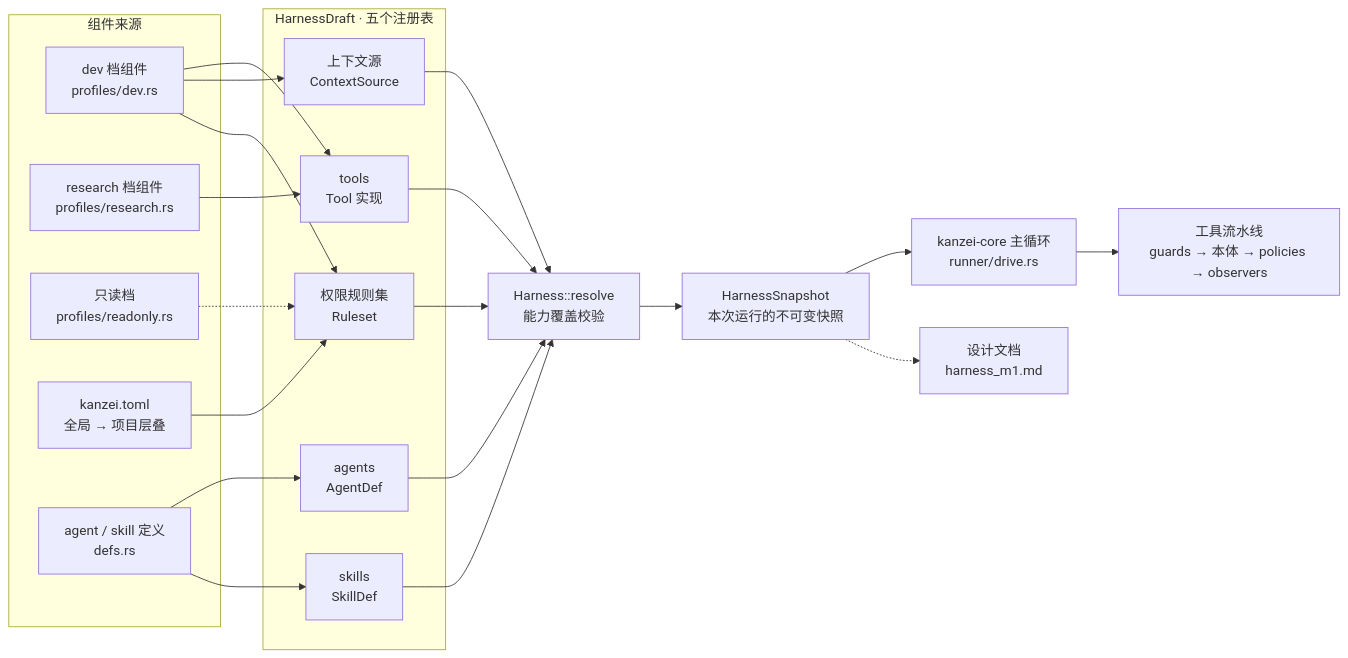
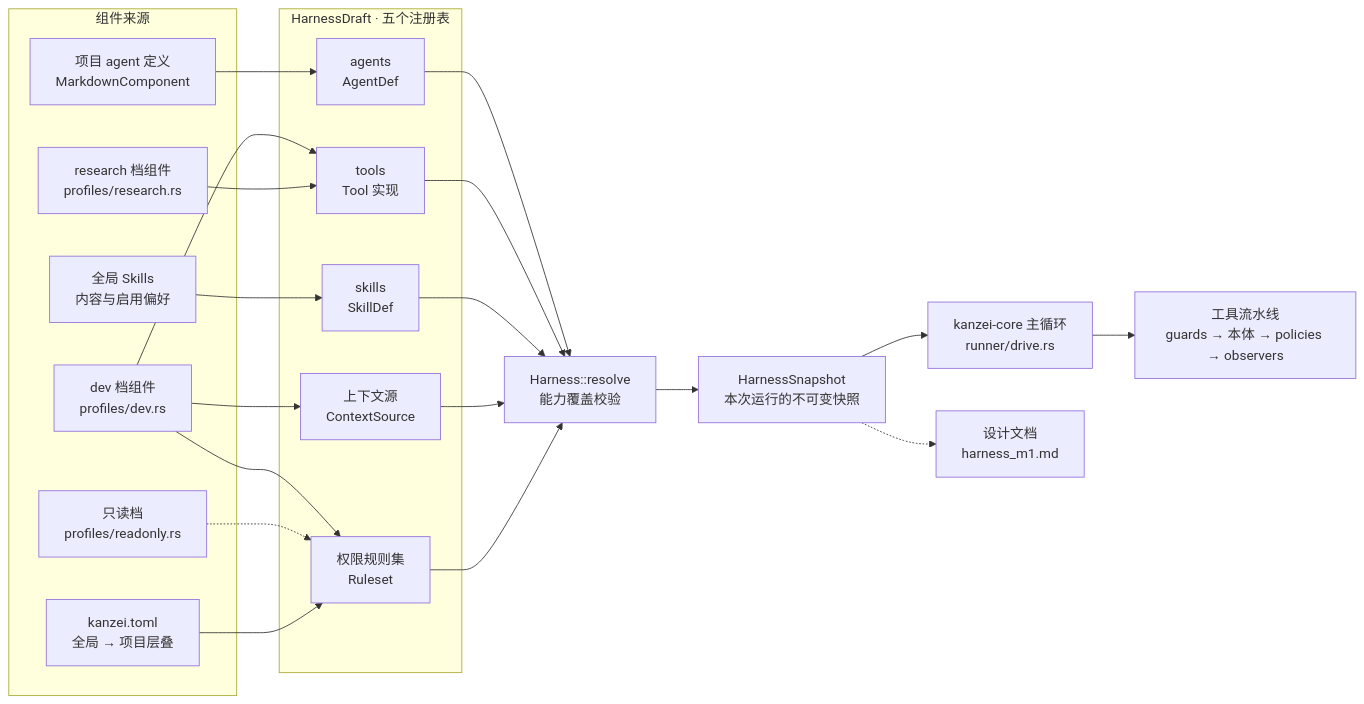
Before and after one commit to kanze1/kanzei-code: the diagram in docs/architecture/02_harness_registries.md, drawn with Mermaid. The commit also changed 21 other files, not shown here.

````diff
--- a/docs/architecture/02_harness_registries.md
+++ b/docs/architecture/02_harness_registries.md
@@ -5,56 +5,58 @@
 ```mermaid
 flowchart LR
   subgraph source_grp["组件来源"]
     dev_profile["dev 档组件<br/>profiles/dev.rs"]:::entry
     research_profile["research 档组件<br/>profiles/research.rs"]:::entry
     readonly_profile["只读档<br/>profiles/readonly.rs"]:::muted
     config["kanzei.toml<br/>全局 → 项目层叠"]
-    defs["agent / skill 定义<br/>defs.rs"]
+    defs["项目 agent 定义<br/>MarkdownComponent"]
+    global_skills["全局 Skills<br/>内容与启用偏好"]
   end
   subgraph draft_grp["HarnessDraft · 五个注册表"]
     agents["agents<br/>AgentDef"]
     tools_reg["tools<br/>Tool 实现"]
     skills["skills<br/>SkillDef"]
     context["上下文源<br/>ContextSource"]
     rules["权限规则集<br/>Ruleset"]
   end
   resolve["Harness::resolve<br/>能力覆盖校验"]:::focus
   snapshot["HarnessSnapshot<br/>本次运行的不可变快照"]
   runner["kanzei-core 主循环<br/>runner/drive.rs"]
   pipeline["工具流水线<br/>guards → 本体 → policies → observers"]
   design_doc["设计文档<br/>harness_m1.md"]:::ext
 
   dev_profile --> tools_reg
   dev_profile --> context
   dev_profile --> rules
   research_profile --> tools_reg
   readonly_profile -.-> rules
   config --> rules
   defs --> agents
-  defs --> skills
+  global_skills --> skills
   agents --> resolve
   tools_reg --> resolve
   skills --> resolve
   context --> resolve
   rules --> resolve
   resolve --> snapshot
   snapshot --> runner
   runner --> pipeline
   snapshot -.-> design_doc
 
   click dev_profile "crates/kanzei-tools/src/profiles/dev.rs" "dev 档:注册工具、上下文源与权限规则"
   click research_profile "crates/kanzei-tools/src/profiles/research.rs" "research 档组件"
   click readonly_profile "crates/kanzei-tools/src/profiles/readonly.rs" "只读档:收紧写权限"
   click config "crates/kanzei-harness/src/config.rs" "kanzei.toml:全局 ~/.kanzei 再叠项目 .kanzei"
-  click defs "crates/kanzei-harness/src/defs.rs" "AgentDef / SkillDef / ProfileKind"
+  click defs "crates/kanzei-harness/src/markdown.rs" "项目 agent 与 Markdown 定义装配"
+  click global_skills "crates/kanzei-harness/src/skills.rs" "global_catalog 与 enabled_catalog；项目切换不复制偏好"
   click agents "crates/kanzei-harness/src/harness.rs" "HarnessDraft 的五个注册表"
   click tools_reg "crates/kanzei-harness/src/tool.rs" "Tool trait"
   click skills "crates/kanzei-harness/src/defs.rs" "SkillDef"
   click context "crates/kanzei-harness/src/context.rs" "ContextSource:每轮渲染的上下文片段"
   click rules "crates/kanzei-harness/src/permission.rs" "Ruleset:允许 / 询问 / 拒绝"
   click resolve "crates/kanzei-harness/src/harness.rs" "组件按序贡献,装配末尾校验专用工具都已注册"
   click snapshot "crates/kanzei-harness/src/harness.rs" "HarnessSnapshot"
   click runner "crates/kanzei-core/src/runner/drive.rs" "run_once_with_parts"
   click pipeline "crates/kanzei-harness/src/tool_pipeline.rs" "run_tool_pipeline:唯一流水线"
   click design_doc "docs/design/harness_m1.md" "Harness 设计文档"
 ```
````
